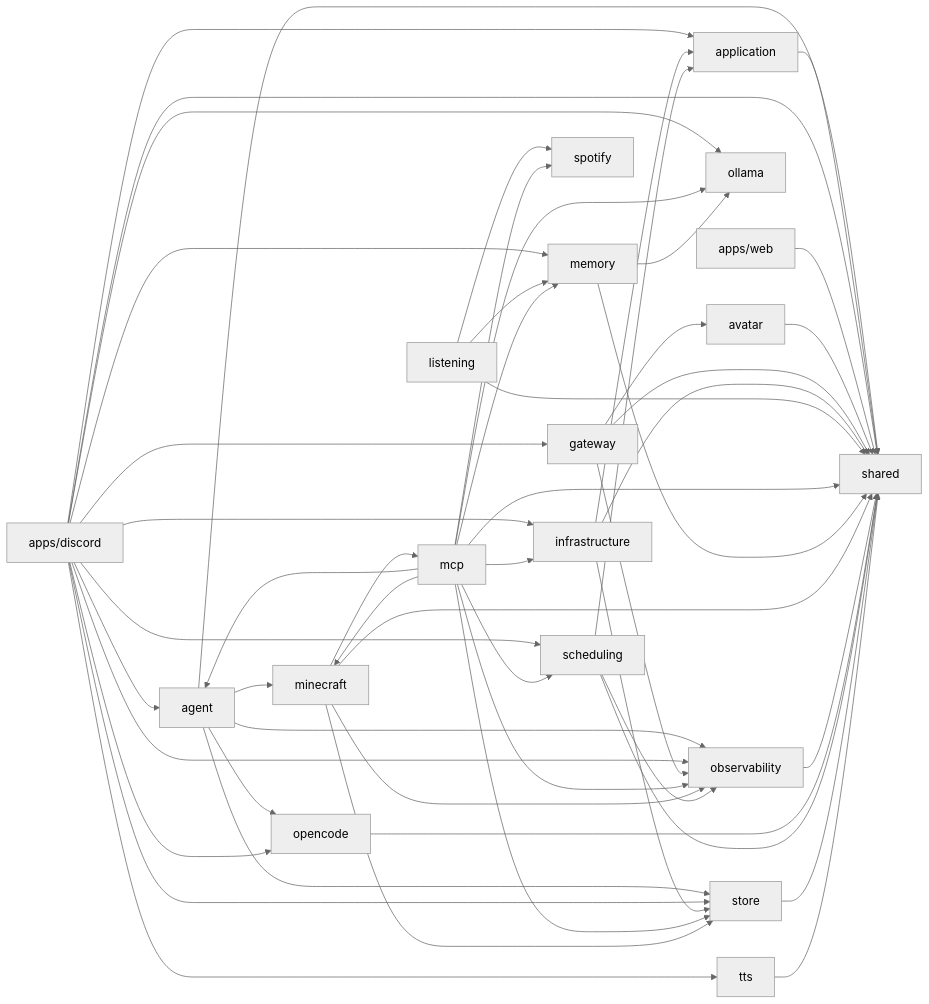
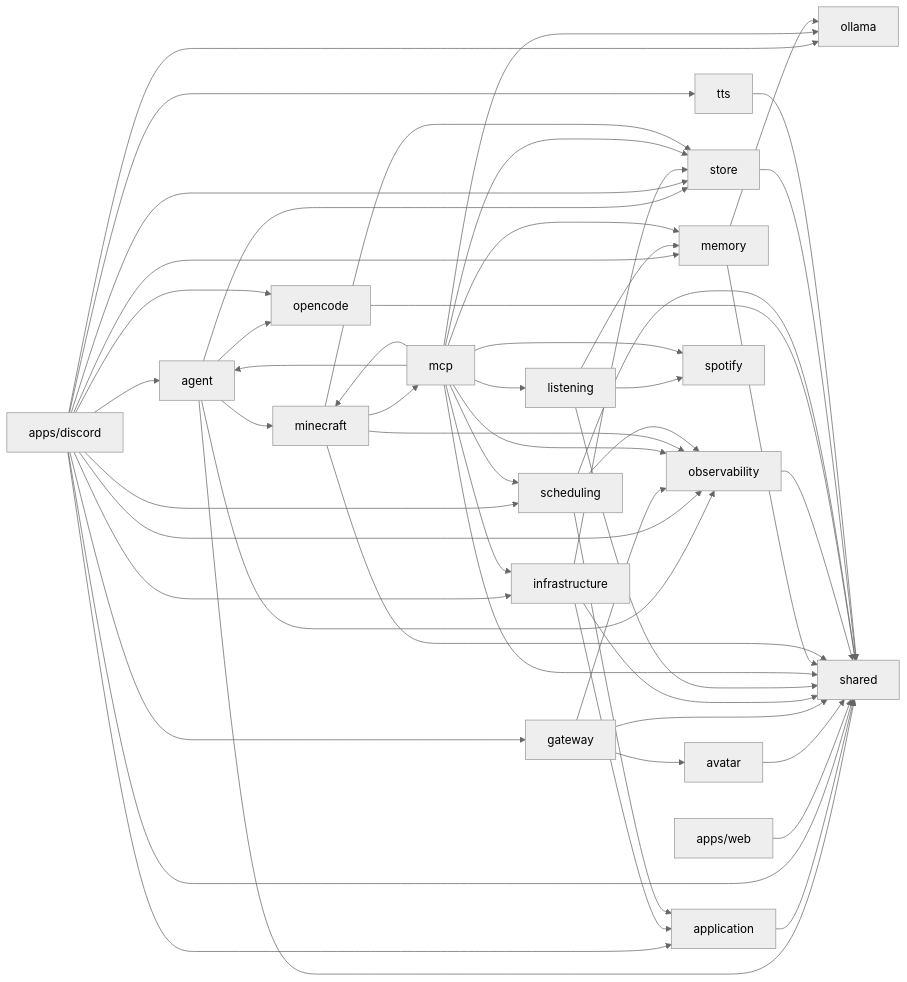
One commit to OJII3/vicissitude changed the diagram in docs/DEPS.md. Above: the diagram before and after it, drawn with Mermaid (neutral theme). The commit also changed other lines of this file and 15 other files, not shown here.

First line of the commit message:
feat(listening,mcp): #478 MCP ツール fetch_lyrics/save_listening_fact を実装

````diff
--- a/docs/DEPS.md
+++ b/docs/DEPS.md
@@ -7,58 +7,59 @@
 ```mermaid
 graph LR
   agent --> minecraft
   agent --> observability
   agent --> opencode
   agent --> shared
   agent --> store
   application --> shared
   apps_discord["apps/discord"] --> agent
   apps_discord["apps/discord"] --> application
   apps_discord["apps/discord"] --> gateway
   apps_discord["apps/discord"] --> infrastructure
   apps_discord["apps/discord"] --> memory
   apps_discord["apps/discord"] --> observability
   apps_discord["apps/discord"] --> ollama
   apps_discord["apps/discord"] --> opencode
   apps_discord["apps/discord"] --> scheduling
   apps_discord["apps/discord"] --> shared
   apps_discord["apps/discord"] --> store
   apps_discord["apps/discord"] --> tts
   apps_web["apps/web"] --> shared
   avatar --> shared
   gateway --> avatar
   gateway --> observability
   gateway --> shared
   infrastructure --> application
   infrastructure --> shared
   infrastructure --> store
   listening --> memory
   listening --> shared
   listening --> spotify
   mcp --> agent
   mcp --> infrastructure
+  mcp --> listening
   mcp --> memory
   mcp --> minecraft
   mcp --> observability
   mcp --> ollama
   mcp --> scheduling
   mcp --> shared
   mcp --> spotify
   mcp --> store
   memory --> ollama
   memory --> shared
   minecraft --> mcp
   minecraft --> observability
   minecraft --> shared
   minecraft --> store
   observability --> shared
   ollama
   opencode --> shared
   scheduling --> application
   scheduling --> observability
   scheduling --> shared
   shared
   spotify
   store --> shared
   tts --> shared
 ```
````
